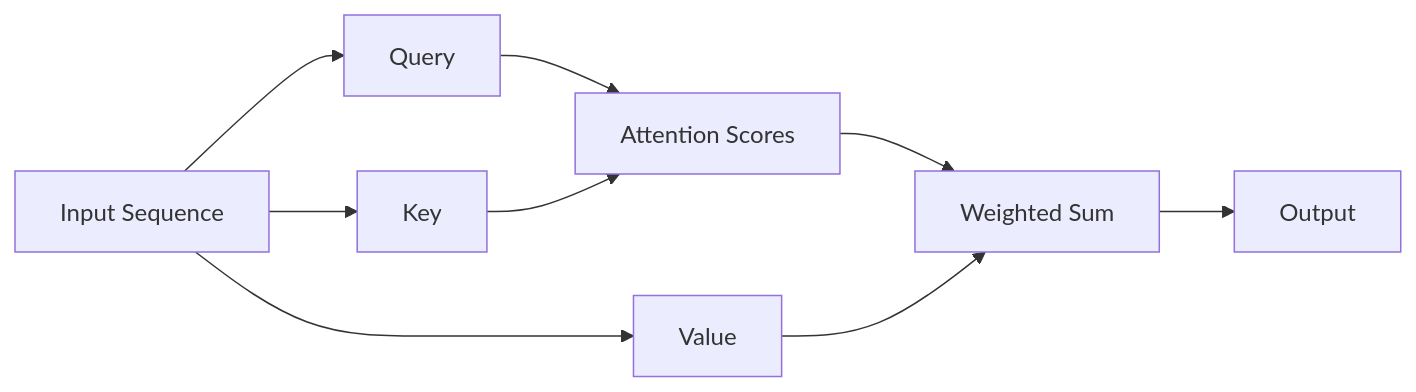
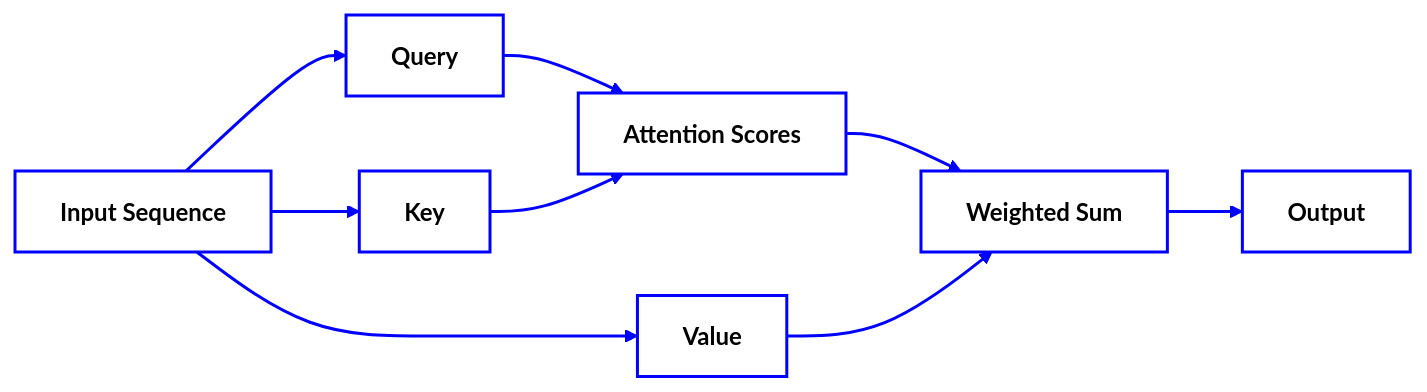
Before and after one commit to antomon/antomon.github.io: the second of 5 diagrams in posts/attentions/index.qmd, drawn with Mermaid. The commit also changed other lines of this file and 6 other files, not shown here.

````diff
--- a/posts/attentions/index.qmd
+++ b/posts/attentions/index.qmd
@@ -96,11 +99,16 @@
 ```{mermaid}
+%%| fig-cap: Multi-Head Attention mechanism
+%%| fig-align: center
 flowchart LR
+    classDef default fill:#ffffff,stroke:#0000ff,stroke-width:2px,color:#000000,font-weight:bold
+    linkStyle default stroke:#0000ff,stroke-width:2px
+
     A[Input Sequence] --> B[Query]
     A --> C[Key]
     A --> D[Value]
     B --> E[Attention Scores]
     C --> E
     E --> F[Weighted Sum]
     D --> F
     F --> G[Output]
 ```
````
